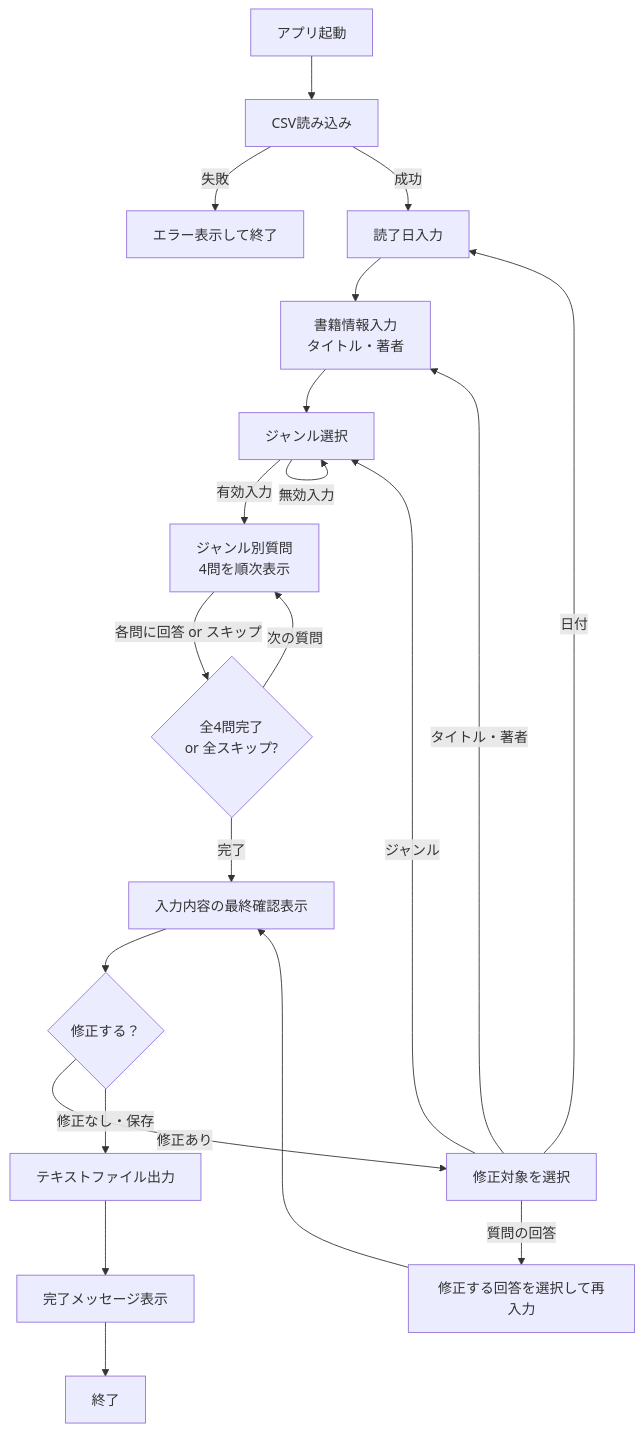
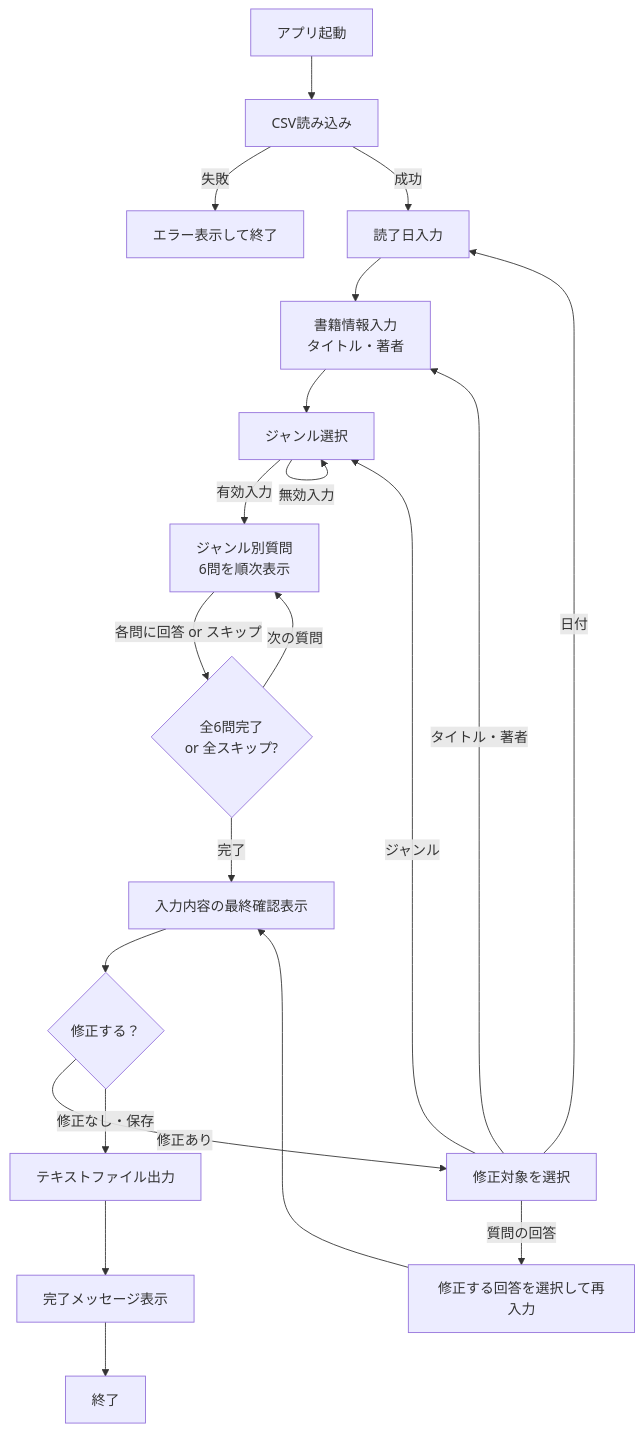
One commit to mochitam200/ReadingImpressionMaker changed the diagram in docs/reading_record_maker_spec.md. Above: the diagram before and after it, drawn with Mermaid. The commit also changed other lines of this file and 8 other files, not shown here.

````diff
--- a/docs/reading_record_maker_spec.md
+++ b/docs/reading_record_maker_spec.md
@@ -172,23 +182,23 @@
 ```mermaid
 flowchart TD
     A[アプリ起動] --> B[CSV読み込み]
     B -->|失敗| B_ERR[エラー表示して終了]
     B -->|成功| C[読了日入力]
     C --> D[書籍情報入力<br>タイトル・著者]
     D --> E[ジャンル選択]
     E -->|無効入力| E
-    E -->|有効入力| F[ジャンル別質問<br>4問を順次表示]
-    F -->|各問に回答 or スキップ| G{全4問完了<br>or 全スキップ?}
+    E -->|有効入力| F[ジャンル別質問<br>6問を順次表示]
+    F -->|各問に回答 or スキップ| G{全6問完了<br>or 全スキップ?}
     G -->|次の質問| F
     G -->|完了| H[入力内容の最終確認表示]
     H --> I{修正する？}
     I -->|修正あり| J[修正対象を選択]
     J -->|日付| C
     J -->|タイトル・著者| D
     J -->|ジャンル| E
     J -->|質問の回答| K[修正する回答を選択して再入力]
     K --> H
     I -->|修正なし・保存| L[テキストファイル出力]
     L --> M[完了メッセージ表示]
     M --> N[終了]
 ```
````
